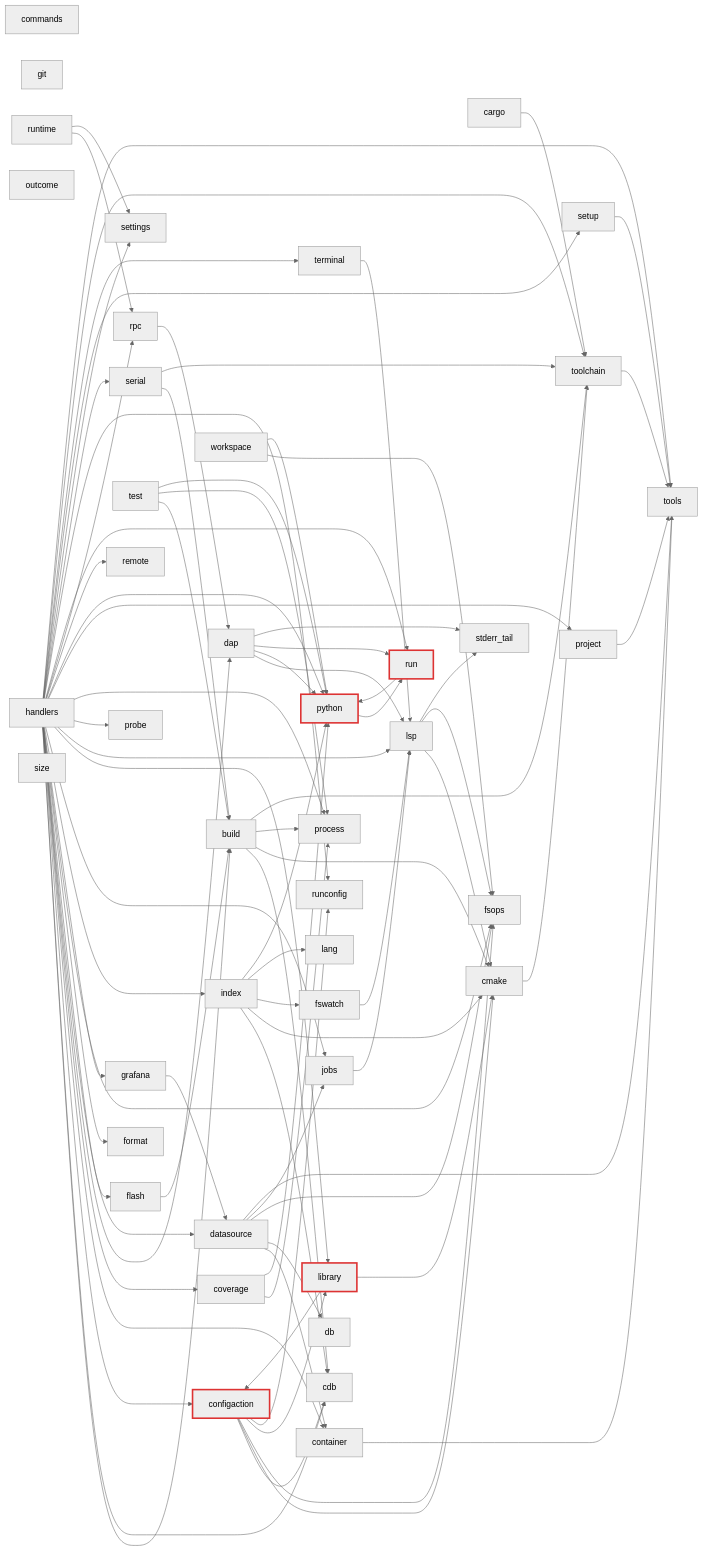
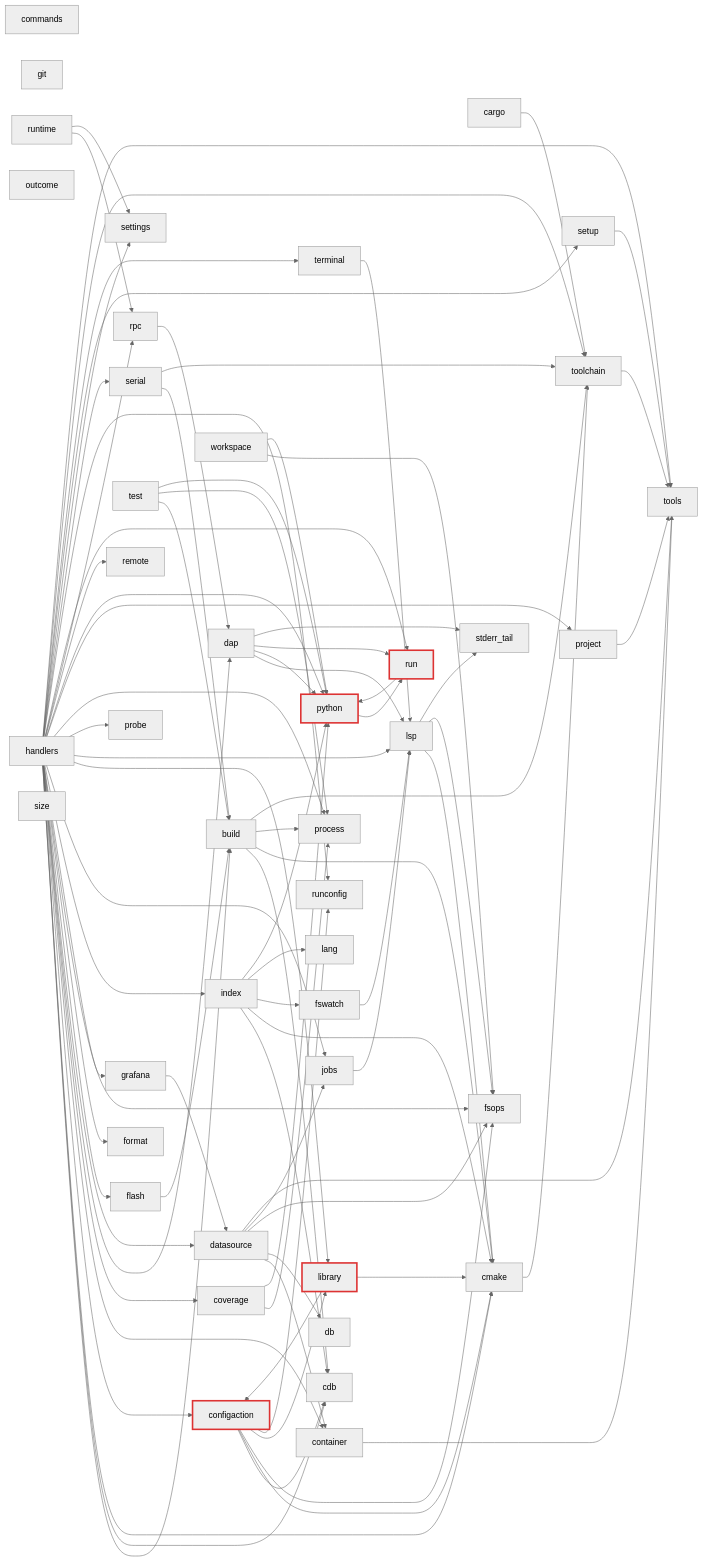
The third of 16 diagrams in DocsPublic/arquitetura/01-mapa-de-modulos.md (ViktorWalde/KineinVectis), drawn with Mermaid (neutral theme) before and after one commit. The commit also changed other lines of this file and 17 other files, not shown here.

```diff
--- a/DocsPublic/arquitetura/01-mapa-de-modulos.md
+++ b/DocsPublic/arquitetura/01-mapa-de-modulos.md
@@ -156,6 +156,7 @@
   n_core_grafana --> n_core_datasource
   n_core_handlers --> n_core_build
   n_core_handlers --> n_core_cdb
+  n_core_handlers --> n_core_cmake
   n_core_handlers --> n_core_configaction
   n_core_handlers --> n_core_container
   n_core_handlers --> n_core_coverage
```
